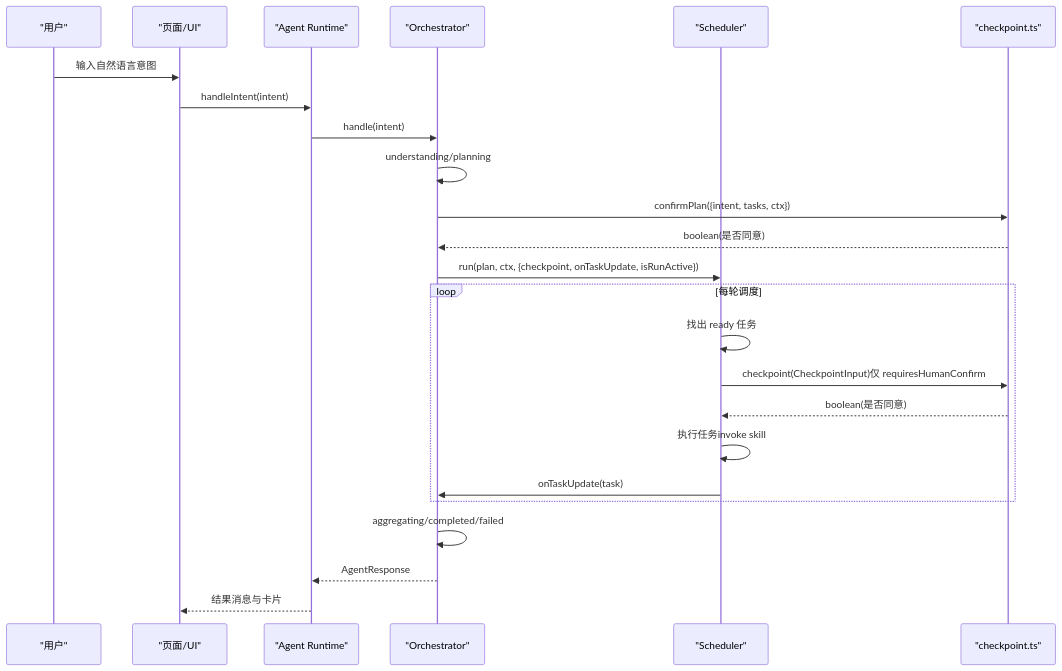
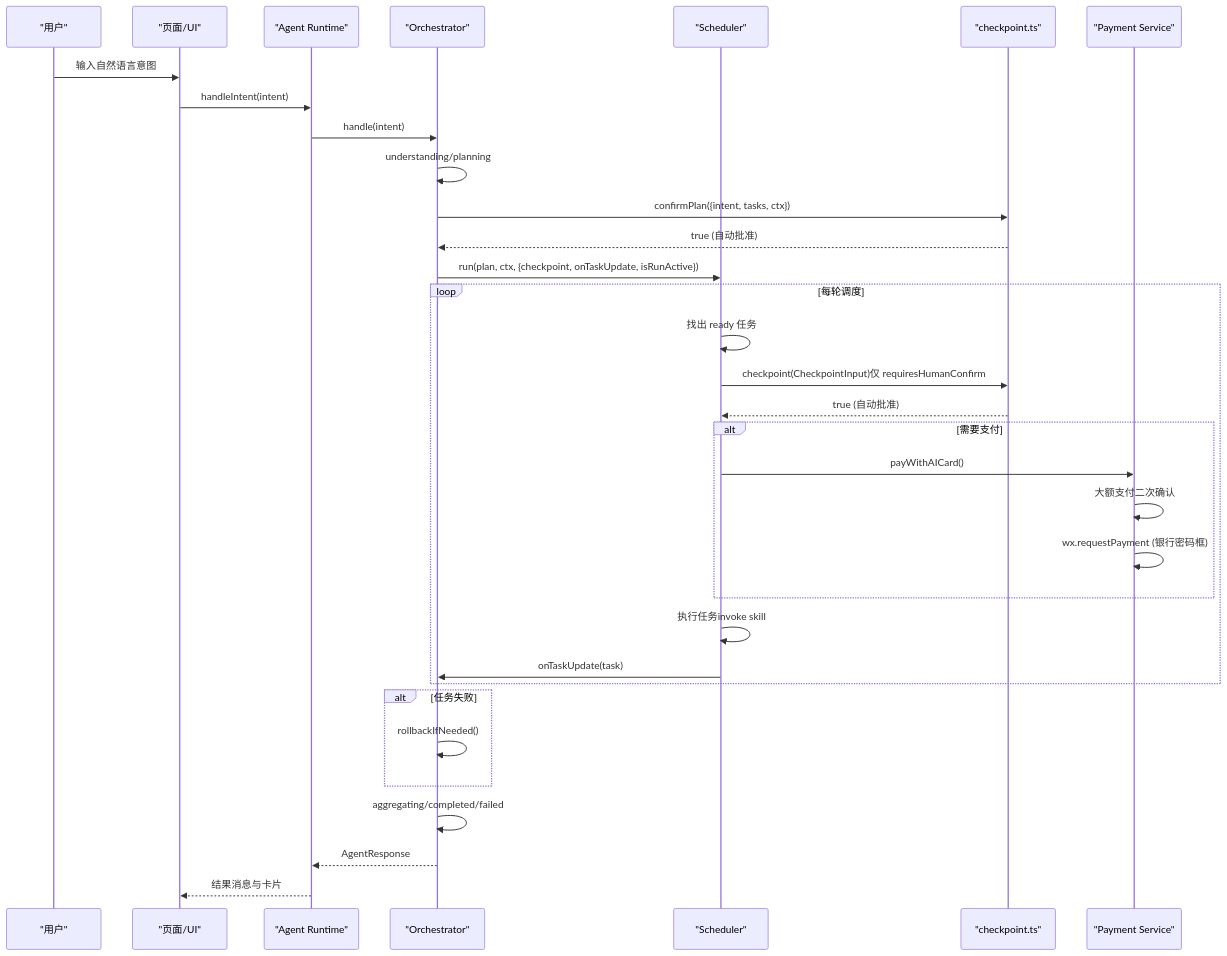
Before and after one commit to Ichi-Hackton/WAIC-WeChat-MiniProgram: the second of 6 diagrams in .qoder/repowiki/zh/content/用户界面/交互层设计/检查点确认机制.md, drawn with Mermaid. The commit also changed other lines of this file and 33 other files, not shown here.

````diff
--- a/.qoder/repowiki/zh/content/用户界面/交互层设计/检查点确认机制.md
+++ b/.qoder/repowiki/zh/content/用户界面/交互层设计/检查点确认机制.md
@@ -129,26 +156,35 @@
 ```mermaid
 sequenceDiagram
 participant User as "用户"
 participant UI as "页面/UI"
 participant Runtime as "Agent Runtime"
 participant Orchestrator as "Orchestrator"
 participant Scheduler as "Scheduler"
 participant Checkpoint as "checkpoint.ts"
+participant Payment as "Payment Service"
 User->>UI : 输入自然语言意图
 UI->>Runtime : handleIntent(intent)
 Runtime->>Orchestrator : handle(intent)
 Orchestrator->>Orchestrator : understanding/planning
 Orchestrator->>Checkpoint : confirmPlan({intent, tasks, ctx})
-Checkpoint-->>Orchestrator : boolean(是否同意)
+Checkpoint-->>Orchestrator : true (自动批准)
 Orchestrator->>Scheduler : run(plan, ctx, {checkpoint, onTaskUpdate, isRunActive})
 loop 每轮调度
 Scheduler->>Scheduler : 找出 ready 任务
 Scheduler->>Checkpoint : checkpoint(CheckpointInput)仅 requiresHumanConfirm
-Checkpoint-->>Scheduler : boolean(是否同意)
+Checkpoint-->>Scheduler : true (自动批准)
+alt 需要支付
+Scheduler->>Payment : payWithAICard()
+Payment->>Payment : 大额支付二次确认
+Payment->>Payment : wx.requestPayment (银行密码框)
+end
 Scheduler->>Scheduler : 执行任务invoke skill
 Scheduler->>Orchestrator : onTaskUpdate(task)
+end
+alt 任务失败
+Orchestrator->>Orchestrator : rollbackIfNeeded()
 end
 Orchestrator->>Orchestrator : aggregating/completed/failed
 Orchestrator-->>Runtime : AgentResponse
 Runtime-->>UI : 结果消息与卡片
 ```
````
